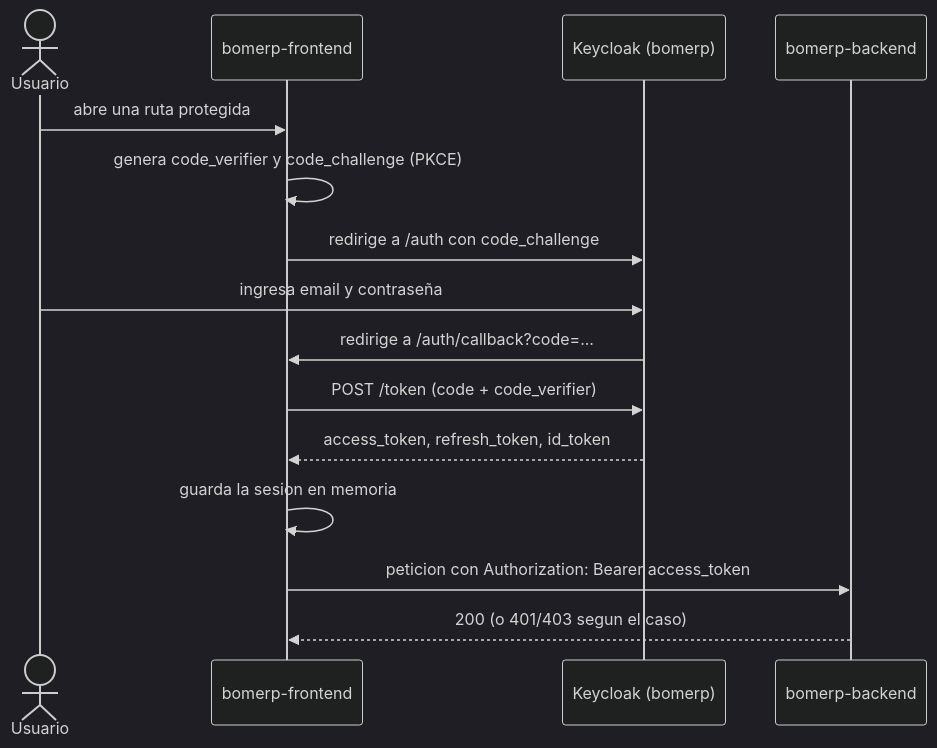
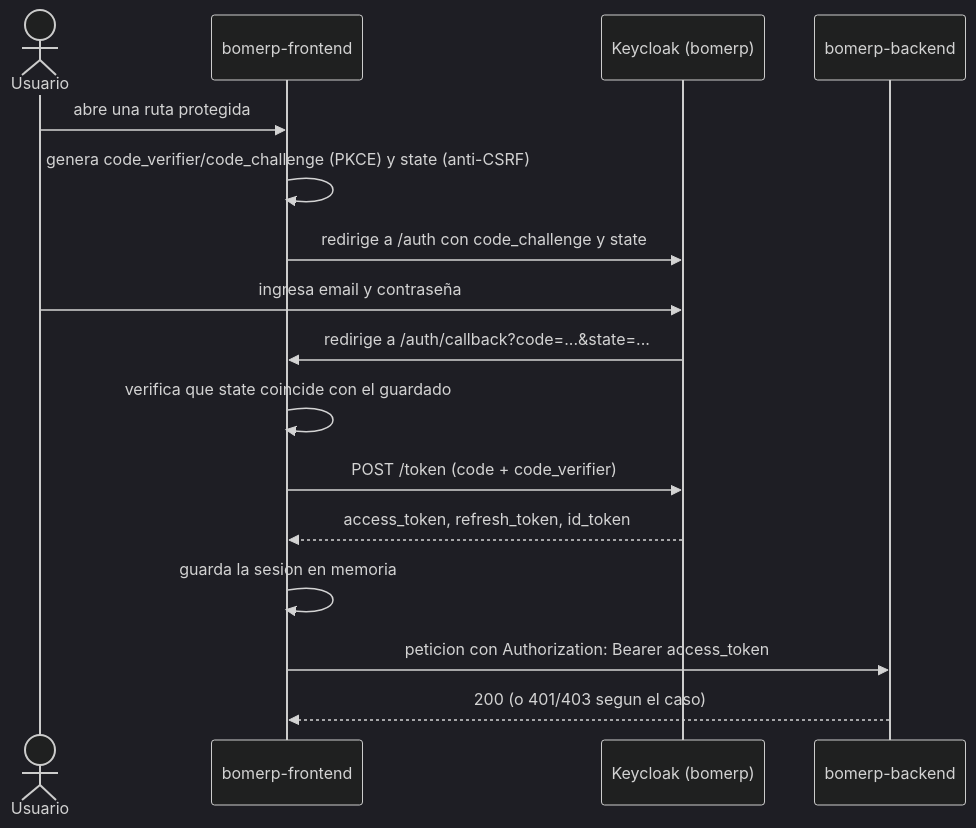
One commit to 262ciclo4/bomerp changed the second of 3 diagrams in docs/lp2/sesiones/S11_Seguridad_Frontend_Keycloak.md. Above: the diagram before and after it, drawn with Mermaid (dark theme). The commit also changed other lines of this file, not shown here.

Commit message:
S11 Angular integrado con keycloak

````diff
--- a/docs/lp2/sesiones/S11_Seguridad_Frontend_Keycloak.md
+++ b/docs/lp2/sesiones/S11_Seguridad_Frontend_Keycloak.md
@@ -96,18 +96,19 @@
 ```mermaid
 sequenceDiagram
     actor U as Usuario
     participant SPA as bomerp-frontend
     participant KC as Keycloak (bomerp)
     participant BE as bomerp-backend
 
     U->>SPA: abre una ruta protegida
-    SPA->>SPA: genera code_verifier y code_challenge (PKCE)
-    SPA->>KC: redirige a /auth con code_challenge
+    SPA->>SPA: genera code_verifier/code_challenge (PKCE) y state (anti-CSRF)
+    SPA->>KC: redirige a /auth con code_challenge y state
     U->>KC: ingresa email y contraseña
-    KC->>SPA: redirige a /auth/callback?code=...
+    KC->>SPA: redirige a /auth/callback?code=...&state=...
+    SPA->>SPA: verifica que state coincide con el guardado
     SPA->>KC: POST /token (code + code_verifier)
     KC-->>SPA: access_token, refresh_token, id_token
     SPA->>SPA: guarda la sesion en memoria
     SPA->>BE: peticion con Authorization: Bearer access_token
     BE-->>SPA: 200 (o 401/403 segun el caso)
 ```
````
